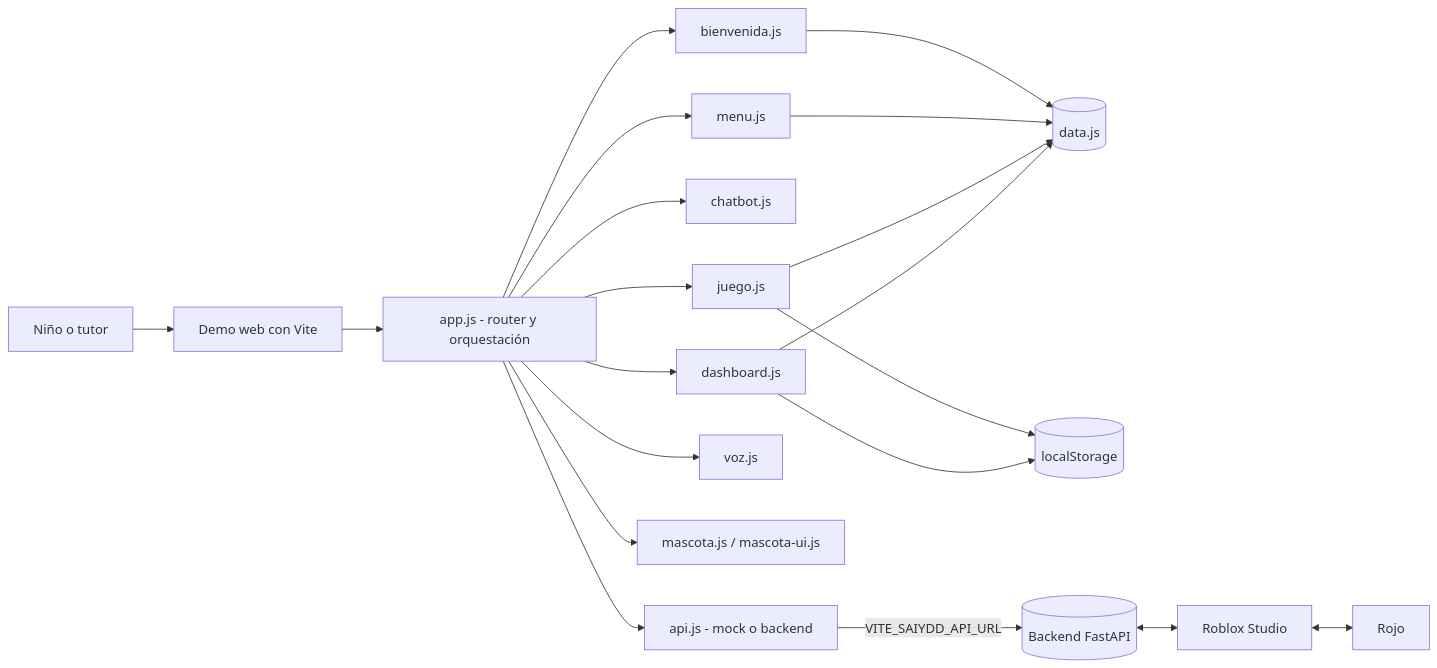
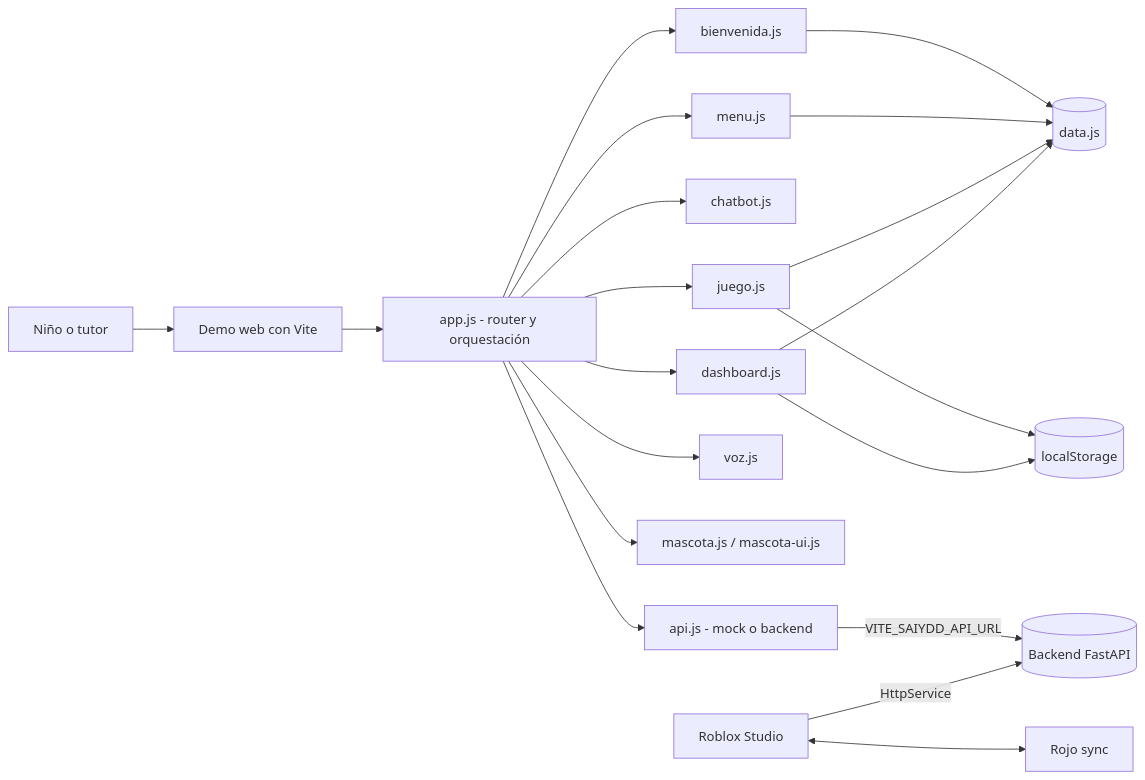
Before and after one commit to gproatechnology/GProA_SAIyDD: the first of 4 diagrams in README.md, drawn with Mermaid. The commit also changed other lines of this file, not shown here.

Commit message:
docs(readme): Roblox Studio integration guide and roadmap update (step 7, stage 6/6)

````diff
--- a/README.md
+++ b/README.md
@@ -22,22 +22,22 @@
 ```mermaid
 flowchart LR
     U[Niño o tutor] --> W[Demo web con Vite]
     W --> A[app.js - router y orquestación]
     A --> B[bienvenida.js]
     A --> M[menu.js]
     A --> C[chatbot.js]
     A --> J[juego.js]
     A --> G[dashboard.js]
     A --> V[voz.js]
     A --> P[mascota.js / mascota-ui.js]
     B --> D[(data.js)]
     M --> D
     J --> D
     G --> D
     J --> L[(localStorage)]
     G --> L
     A --> API[api.js - mock o backend]
     API -- VITE_SAIYDD_API_URL --> BE[(Backend FastAPI)]
-    BE <--> R[Roblox Studio]
-    R <--> ROJO[Rojo]
+    X[Roblox Studio] -- HttpService --> BE
+    X <--> ROJO[Rojo sync]
 ```
````
